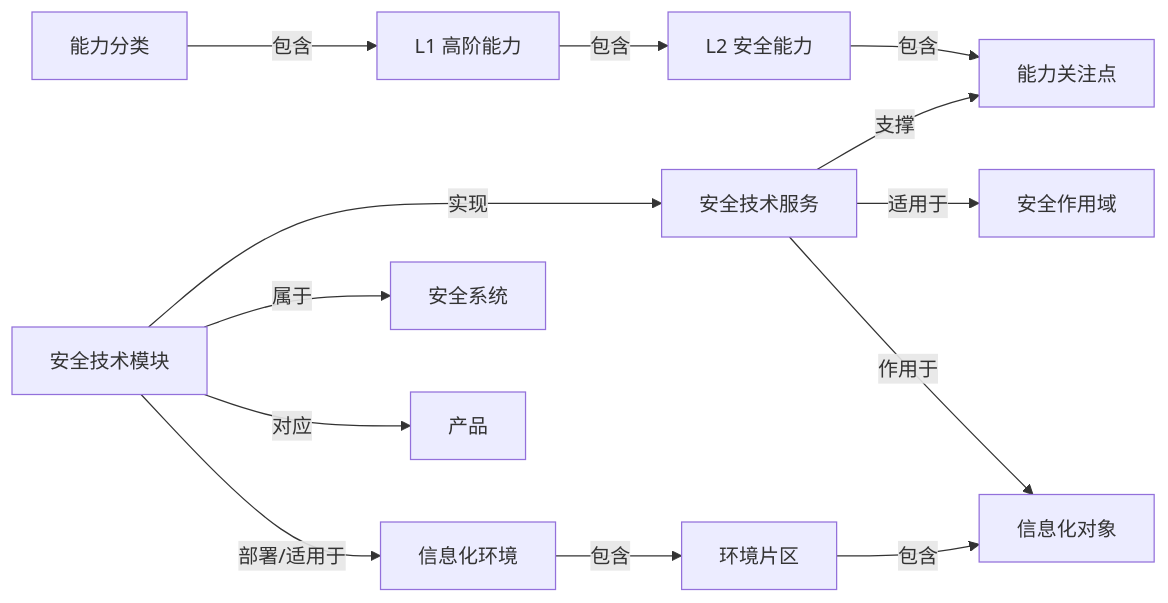
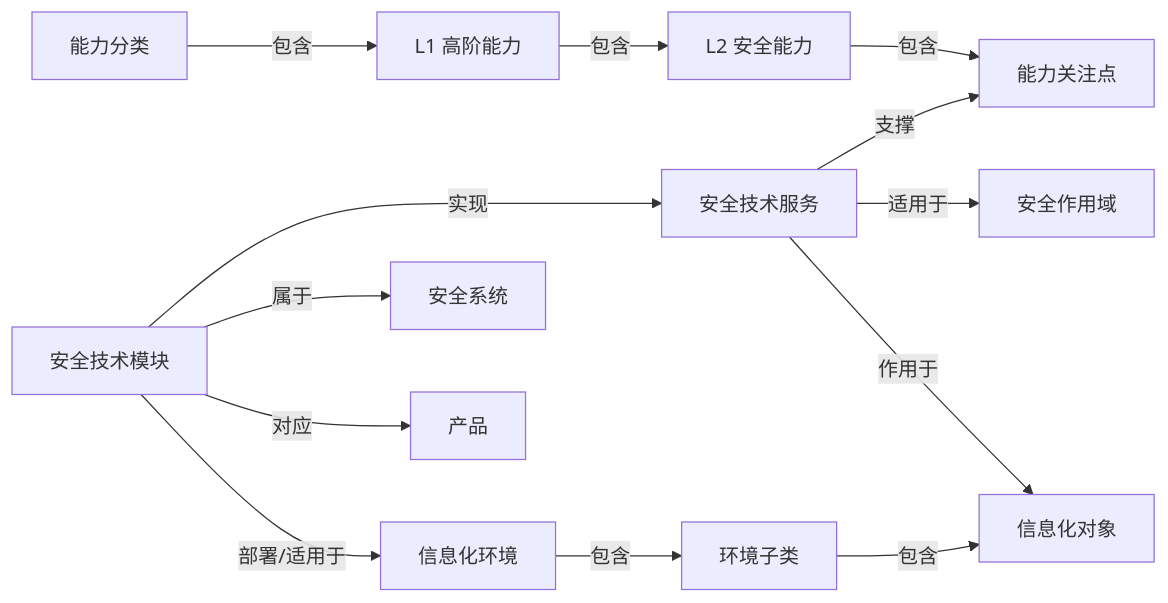
One commit to kim1st0913/SAPD_Wiki changed the diagram in docs/02-data-model/data-model.md. Above: the diagram before and after it, drawn with Mermaid. The commit also changed other lines of this file and 30 other files, not shown here.

````diff
--- a/docs/02-data-model/data-model.md
+++ b/docs/02-data-model/data-model.md
@@ -332,15 +351,15 @@
 ```mermaid
 flowchart LR
   Category["能力分类"] -->|包含| Domain["L1 高阶能力"]
   Domain -->|包含| Capability["L2 安全能力"]
   Capability -->|包含| Focus["能力关注点"]
   Service["安全技术服务"] -->|支撑| Focus
   Service -->|适用于| Scope["安全作用域"]
   Module["安全技术模块"] -->|实现| Service
   Module -->|属于| System["安全系统"]
   Module -->|对应| Product["产品"]
-  Env["信息化环境"] -->|包含| Segment["环境片区"]
+  Env["信息化环境"] -->|包含| Segment["环境子类"]
   Segment -->|包含| InfoObject["信息化对象"]
   Service -->|作用于| InfoObject
   Module -->|部署/适用于| Env
 ```
````
